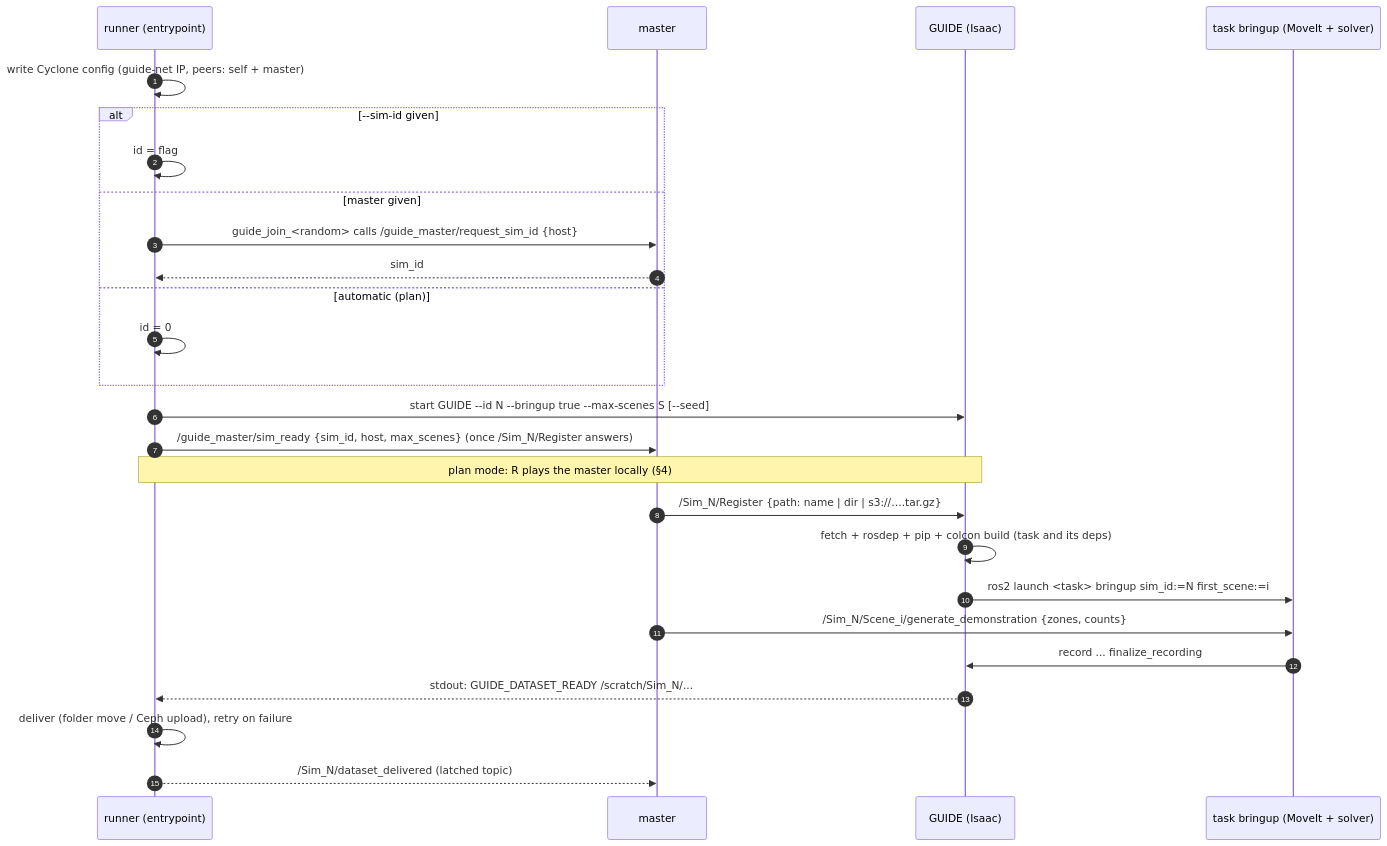
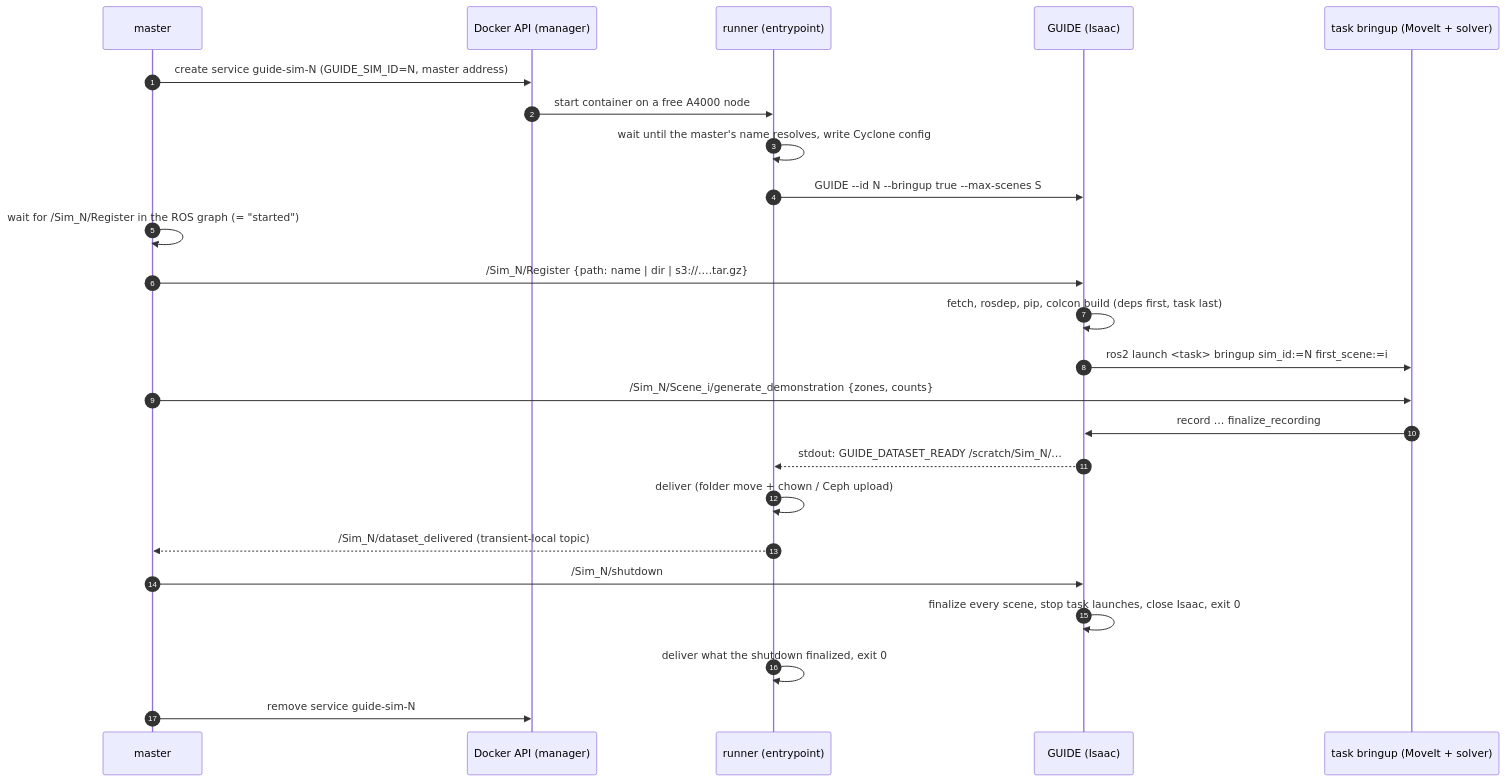
Before and after one commit to ABC-iRobotics/guide: the second of 4 diagrams in docs/superpowers/specs/2026-10-09-guide-docker-design.md, drawn with Mermaid. The commit also changed other lines of this file, not shown here.

Commit message:
docs: GUIDE Docker design v3 (master-launched sim services, /Sim_N/shutdown, keep policy, authorities record, GitHub Actions build)

````diff
--- a/docs/superpowers/specs/2026-10-09-guide-docker-design.md
+++ b/docs/superpowers/specs/2026-10-09-guide-docker-design.md
@@ -61,28 +77,26 @@
 ```mermaid
 sequenceDiagram
   autonumber
+  participant M as master
+  participant D as Docker API (manager)
   participant R as runner (entrypoint)
-  participant M as master
   participant G as GUIDE (Isaac)
   participant T as task bringup (MoveIt + solver)
-  R->>R: write Cyclone config (guide-net IP, peers: self + master)
-  alt --sim-id given
-    R->>R: id = flag
-  else master given
-    R->>M: guide_join_<random> calls /guide_master/request_sim_id {host}
-    M-->>R: sim_id
-  else automatic (plan)
-    R->>R: id = 0
-  end
-  R->>G: start GUIDE --id N --bringup true --max-scenes S [--seed]
-  R->>M: /guide_master/sim_ready {sim_id, host, max_scenes} (once /Sim_N/Register answers)
-  Note over R,G: plan mode: R plays the master locally (§4)
+  M->>D: create service guide-sim-N (GUIDE_SIM_ID=N, master address)
+  D->>R: start container on a free A4000 node
+  R->>R: wait until the master's name resolves, write Cyclone config
+  R->>G: GUIDE --id N --bringup true --max-scenes S
+  M->>M: wait for /Sim_N/Register in the ROS graph (= "started")
   M->>G: /Sim_N/Register {path: name | dir | s3://….tar.gz}
-  G->>G: fetch + rosdep + pip + colcon build (task and its deps)
+  G->>G: fetch, rosdep, pip, colcon build (deps first, task last)
   G->>T: ros2 launch <task> bringup sim_id:=N first_scene:=i
   M->>T: /Sim_N/Scene_i/generate_demonstration {zones, counts}
-  T->>G: record ... finalize_recording
-  G-->>R: stdout: GUIDE_DATASET_READY /scratch/Sim_N/...
-  R->>R: deliver (folder move / Ceph upload), retry on failure
-  R-->>M: /Sim_N/dataset_delivered (latched topic)
+  T->>G: record … finalize_recording
+  G-->>R: stdout: GUIDE_DATASET_READY /scratch/Sim_N/…
+  R->>R: deliver (folder move + chown / Ceph upload)
+  R-->>M: /Sim_N/dataset_delivered (transient-local topic)
+  M->>G: /Sim_N/shutdown
+  G->>G: finalize every scene, stop task launches, close Isaac, exit 0
+  R->>R: deliver what the shutdown finalized, exit 0
+  M->>D: remove service guide-sim-N
 ```
````
